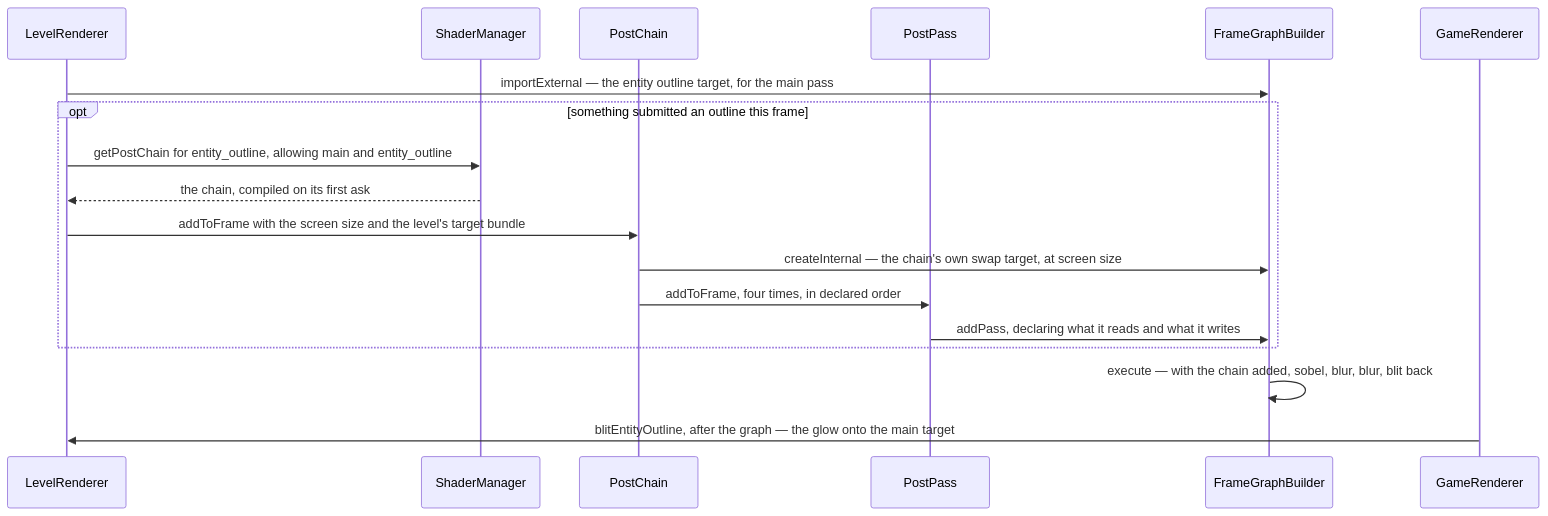
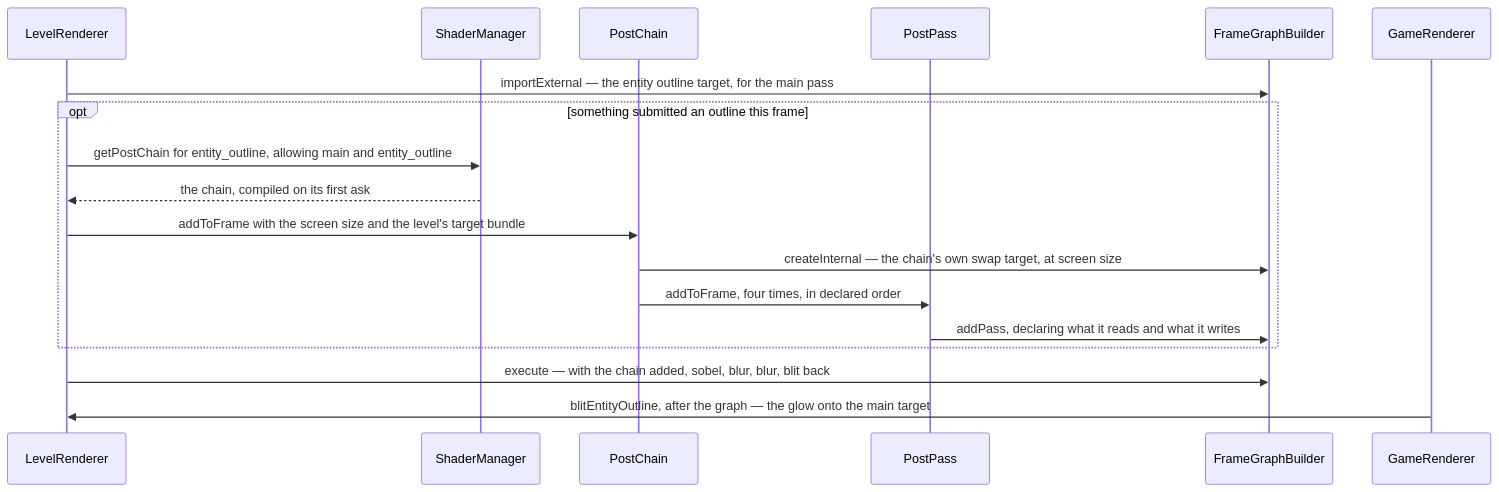
Before and after one commit to AlexanderjFraser/MinecraftDocs: the second of 2 diagrams in src/systems/rendering/post-processing.md, drawn with Mermaid. The commit also changed other lines of this file and 18 other files, not shown here.

````diff
--- a/src/systems/rendering/post-processing.md
+++ b/src/systems/rendering/post-processing.md
@@ -220,21 +212,21 @@
 ```mermaid
 sequenceDiagram
     participant LR as LevelRenderer
     participant ShadM as ShaderManager
     participant PChain as PostChain
     participant PPass as PostPass
     participant FGB as FrameGraphBuilder
     participant GR as GameRenderer
 
     LR->>FGB: importExternal — the entity outline target, for the main pass
     opt something submitted an outline this frame
         LR->>ShadM: getPostChain for entity_outline, allowing main and entity_outline
         ShadM-->>LR: the chain, compiled on its first ask
         LR->>PChain: addToFrame with the screen size and the level's target bundle
         PChain->>FGB: createInternal — the chain's own swap target, at screen size
         PChain->>PPass: addToFrame, four times, in declared order
         PPass->>FGB: addPass, declaring what it reads and what it writes
     end
-    FGB->>FGB: execute — with the chain added, sobel, blur, blur, blit back
+    LR->>FGB: execute — with the chain added, sobel, blur, blur, blit back
     GR->>LR: blitEntityOutline, after the graph — the glow onto the main target
 ```
````
